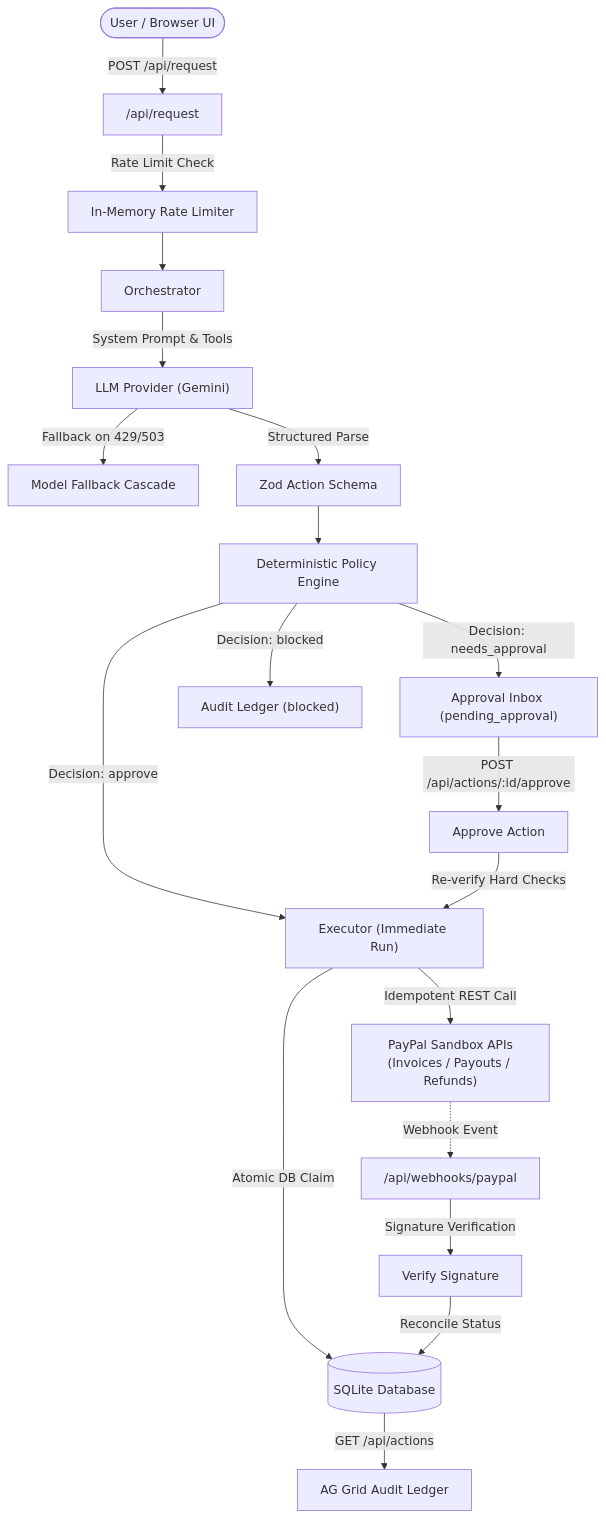
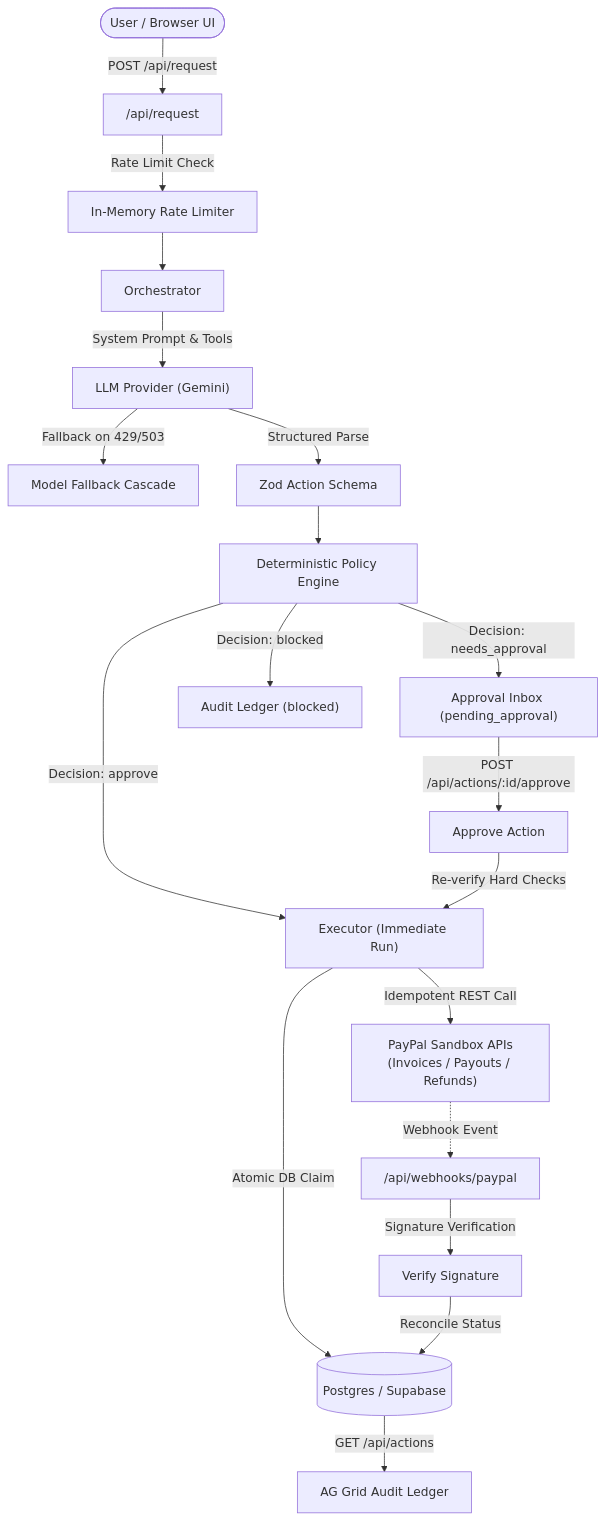
Before and after one commit to itskavyansh/leash: the diagram in README.md, drawn with Mermaid. The commit also changed other lines of this file and 23 other files, not shown here.

Commit message:
feat: migrate to postgres (supabase)

````diff
--- a/README.md
+++ b/README.md
@@ -48,26 +48,26 @@
 ```mermaid
 flowchart TD
     User([User / Browser UI]) -->|POST /api/request| APIRequest["/api/request"]
     APIRequest -->|Rate Limit Check| RateLimit["In-Memory Rate Limiter"]
     RateLimit --> Orchestrator["Orchestrator"]
     Orchestrator -->|System Prompt & Tools| LLM["LLM Provider (Gemini)"]
     LLM -->|Fallback on 429/503| Fallback["Model Fallback Cascade"]
     LLM -->|Structured Parse| ZodParse["Zod Action Schema"]
     ZodParse --> PolicyEngine["Deterministic Policy Engine"]
     
     PolicyEngine -->|Decision: approve| AutoExec["Executor (Immediate Run)"]
     PolicyEngine -->|Decision: needs_approval| Inbox["Approval Inbox (pending_approval)"]
     PolicyEngine -->|Decision: blocked| Blocked["Audit Ledger (blocked)"]
     
     Inbox -->|POST /api/actions/:id/approve| ApproveRoute["Approve Action"]
     ApproveRoute -->|Re-verify Hard Checks| AutoExec
     
-    AutoExec -->|Atomic DB Claim| SQLite[(SQLite Database)]
+    AutoExec -->|Atomic DB Claim| Postgres[(Postgres / Supabase)]
     AutoExec -->|Idempotent REST Call| PayPal["PayPal Sandbox APIs<br/>(Invoices / Payouts / Refunds)"]
     
     PayPal -.->|Webhook Event| WebhookRoute["/api/webhooks/paypal"]
     WebhookRoute -->|Signature Verification| WebhookVerify["Verify Signature"]
-    WebhookVerify -->|Reconcile Status| SQLite
+    WebhookVerify -->|Reconcile Status| Postgres
     
-    SQLite -->|GET /api/actions| LedgerUI["AG Grid Audit Ledger"]
+    Postgres -->|GET /api/actions| LedgerUI["AG Grid Audit Ledger"]
 ```
````
